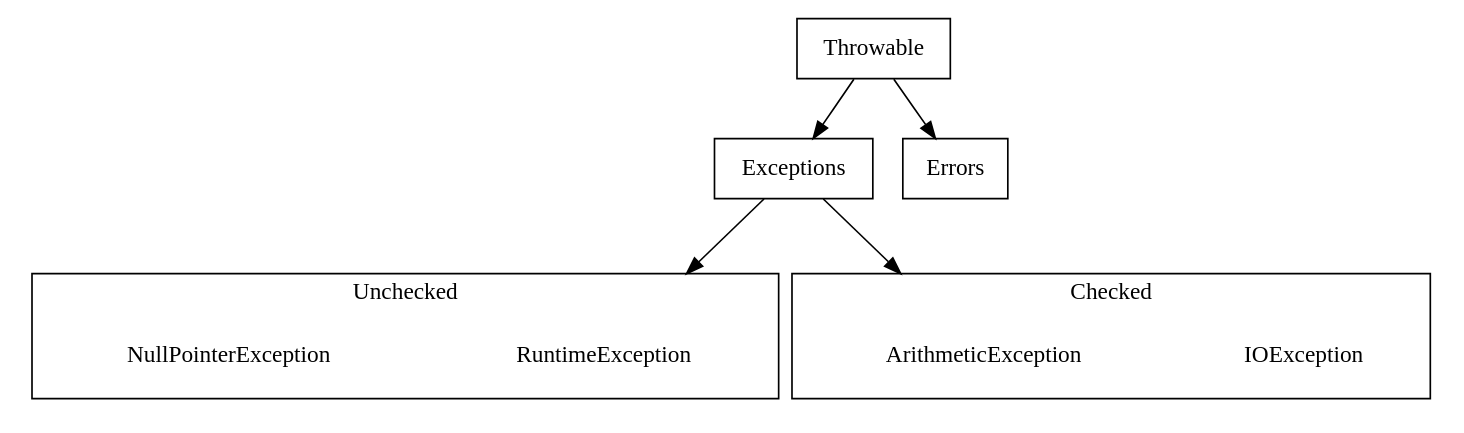
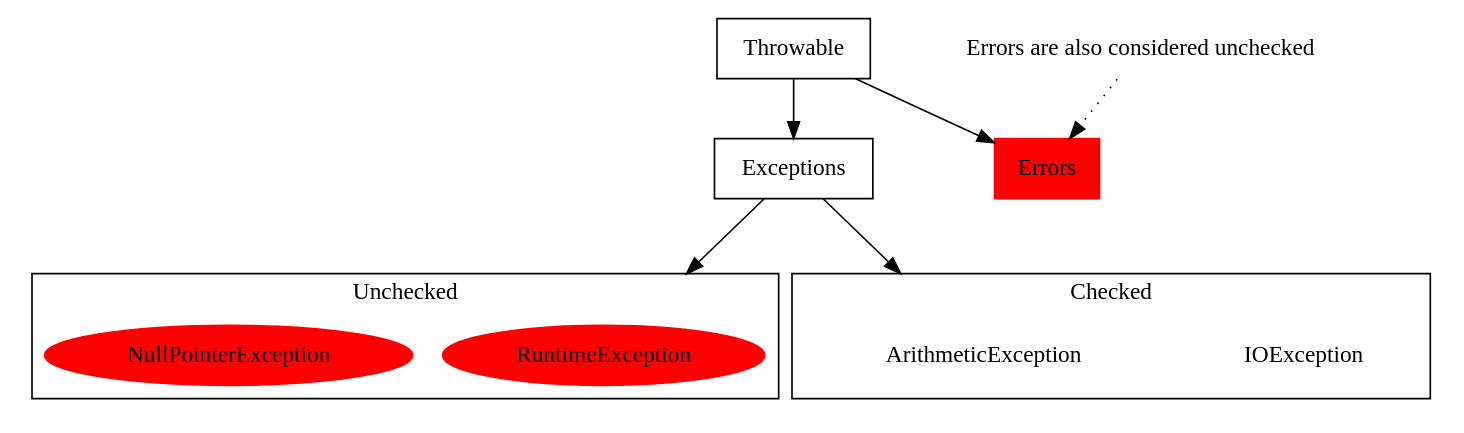
One commit to Broscorp-net/traineeship changed the diagram in module1/src/main/java/net/broscorp/exceptions/graph.gv. Above: the diagram before and after it, drawn with Graphviz.

Commit message:
Clarified Errors are also unchecked

```diff
--- a/module1/src/main/java/net/broscorp/exceptions/graph.gv
+++ b/module1/src/main/java/net/broscorp/exceptions/graph.gv
@@ -1,29 +1,33 @@
 digraph G {
 compound=true;
 
 node[shape=default]
 Throwable->Exceptions;
+Errors [style=filled, color=red];
 Throwable->Errors;
+
+"Errors are also considered unchecked" [shape=plaintext];
+"Errors are also considered unchecked"->Errors[style=dotted];
 
 subgraph cluster0{
     label="Unchecked";
 
-    node [style=filled,color=white, shape=ellipse];
+    node [style=filled,color=red, shape=ellipse];
     "RuntimeException";
     "NullPointerException"
 }
 
 subgraph cluster1{
     //These exceptions are considered declarative
 
     label="Checked";
 
     node [style=filled,color=white, shape=ellipse];
     "IOException";
     "ArithmeticException"
 }
 
 Exceptions->"ArithmeticException" [lhead=cluster1, minlen=2];
 Exceptions->"RuntimeException" [lhead=cluster0, minlen=2];
 
 }
```
